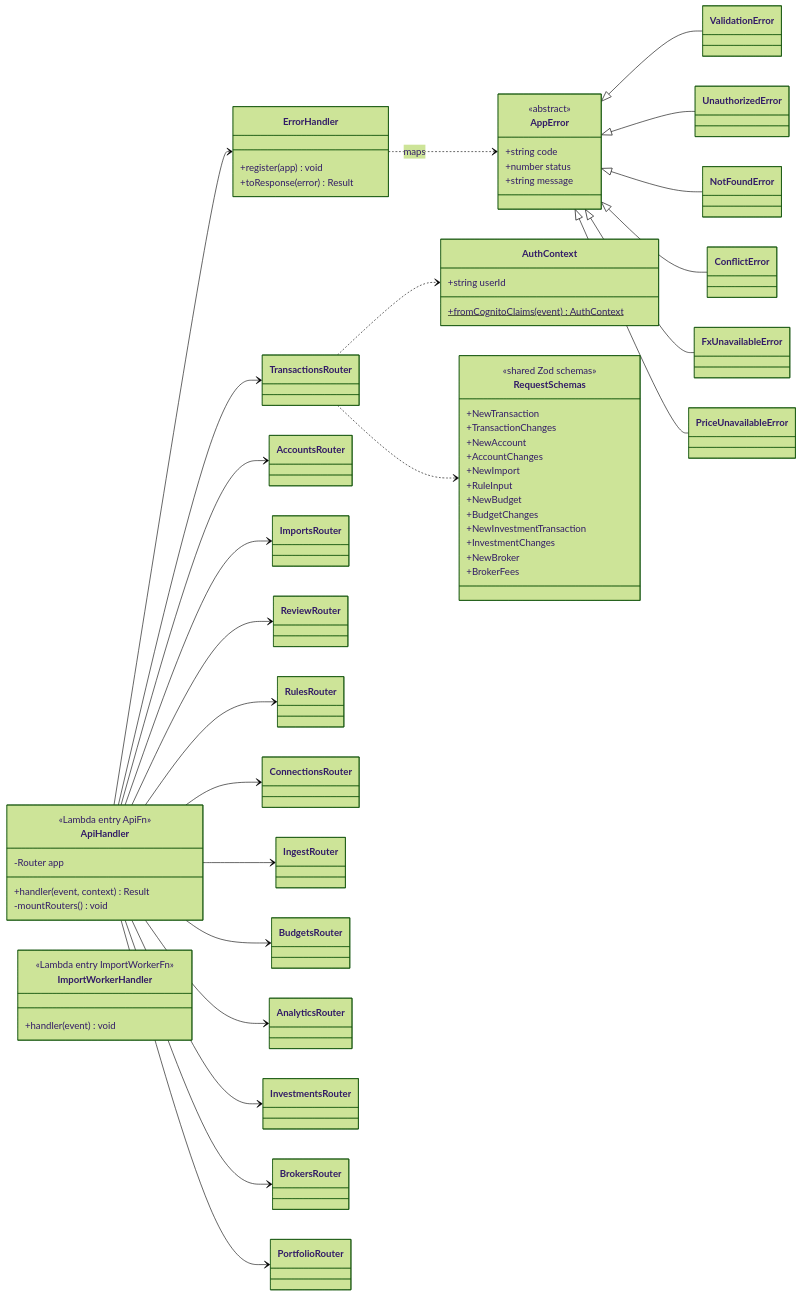
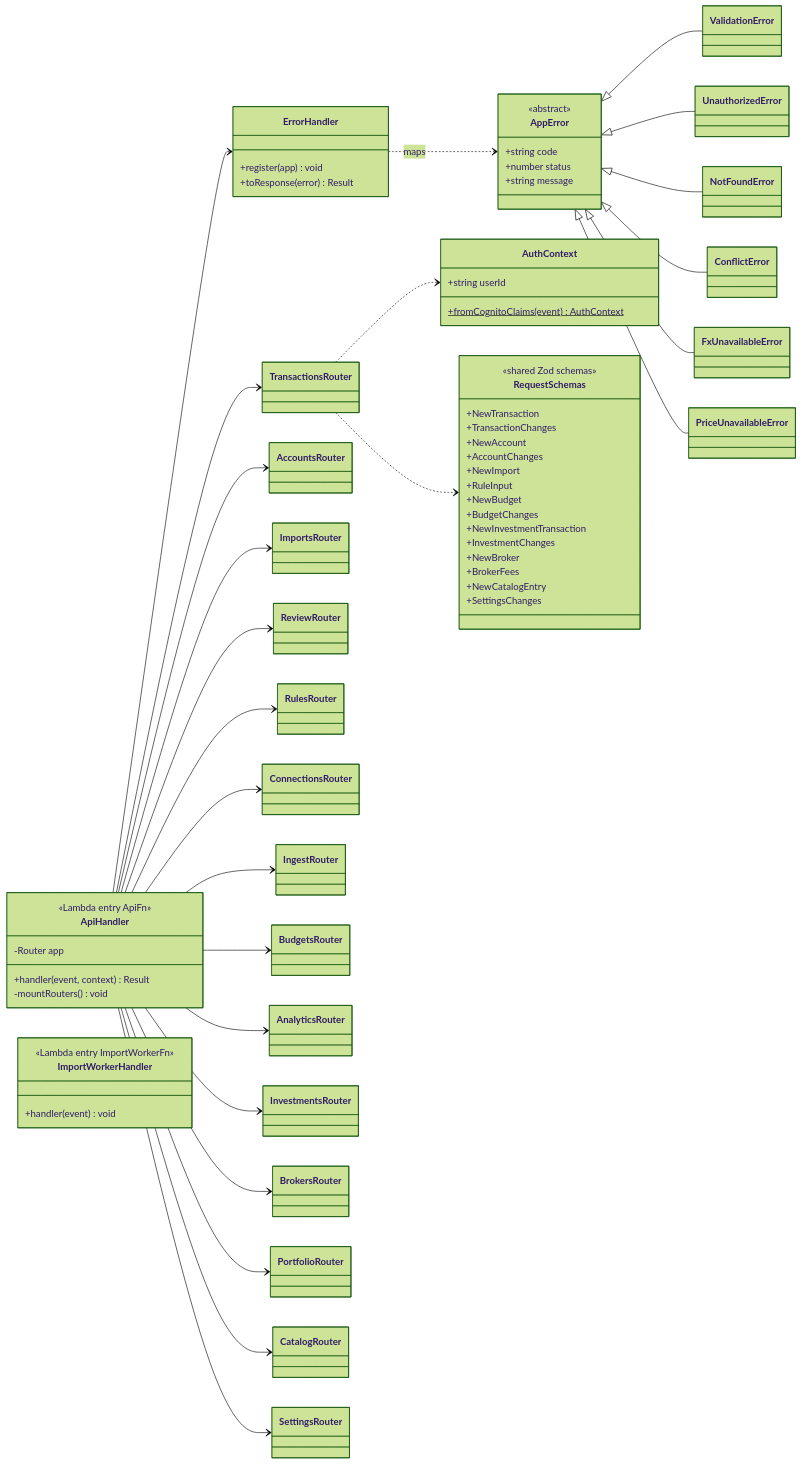
Diagram 12 of 26 in docs/diagrams/class-diagram.md (Ezequiel294/cs3365-finance-app), drawn with Mermaid (forest theme) before and after one commit. The commit also changed other lines of this file and 18 other files, not shown here.

Commit message:
attempt 3 design/architecture changes

```diff
--- a/docs/diagrams/class-diagram.md
+++ b/docs/diagrams/class-diagram.md
@@ -724,6 +1597,8 @@
         +InvestmentChanges
         +NewBroker
         +BrokerFees
+        +NewCatalogEntry
+        +SettingsChanges
     }
     class TransactionsRouter
     class AccountsRouter
@@ -737,6 +1612,8 @@
     class InvestmentsRouter
     class BrokersRouter
     class PortfolioRouter
+    class CatalogRouter
+    class SettingsRouter
     AppError <|-- ValidationError
     AppError <|-- UnauthorizedError
     AppError <|-- NotFoundError
@@ -756,6 +1633,8 @@
     ApiHandler --> InvestmentsRouter
     ApiHandler --> BrokersRouter
     ApiHandler --> PortfolioRouter
+    ApiHandler --> CatalogRouter
+    ApiHandler --> SettingsRouter
     ErrorHandler ..> AppError : maps
     TransactionsRouter ..> AuthContext
     TransactionsRouter ..> RequestSchemas
```
